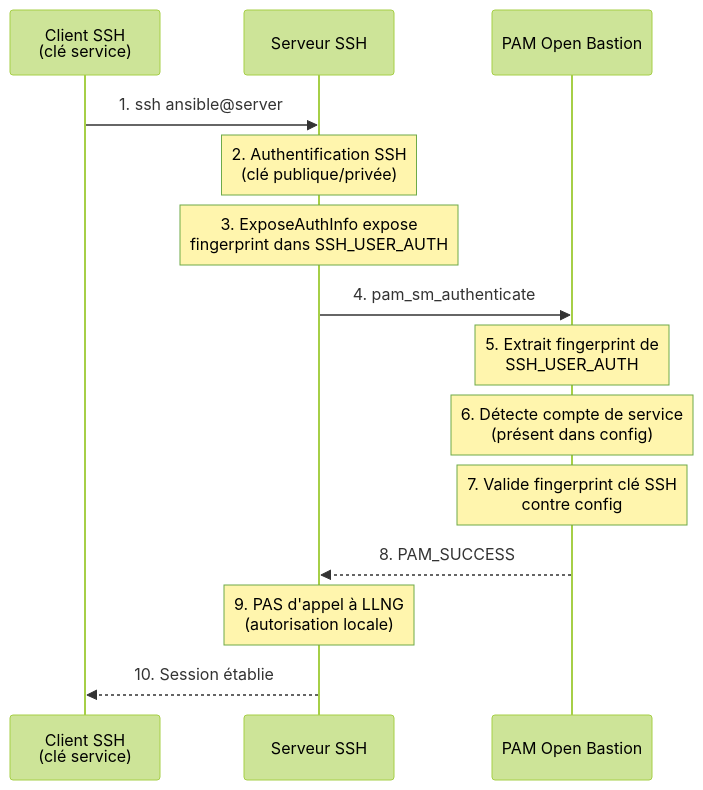
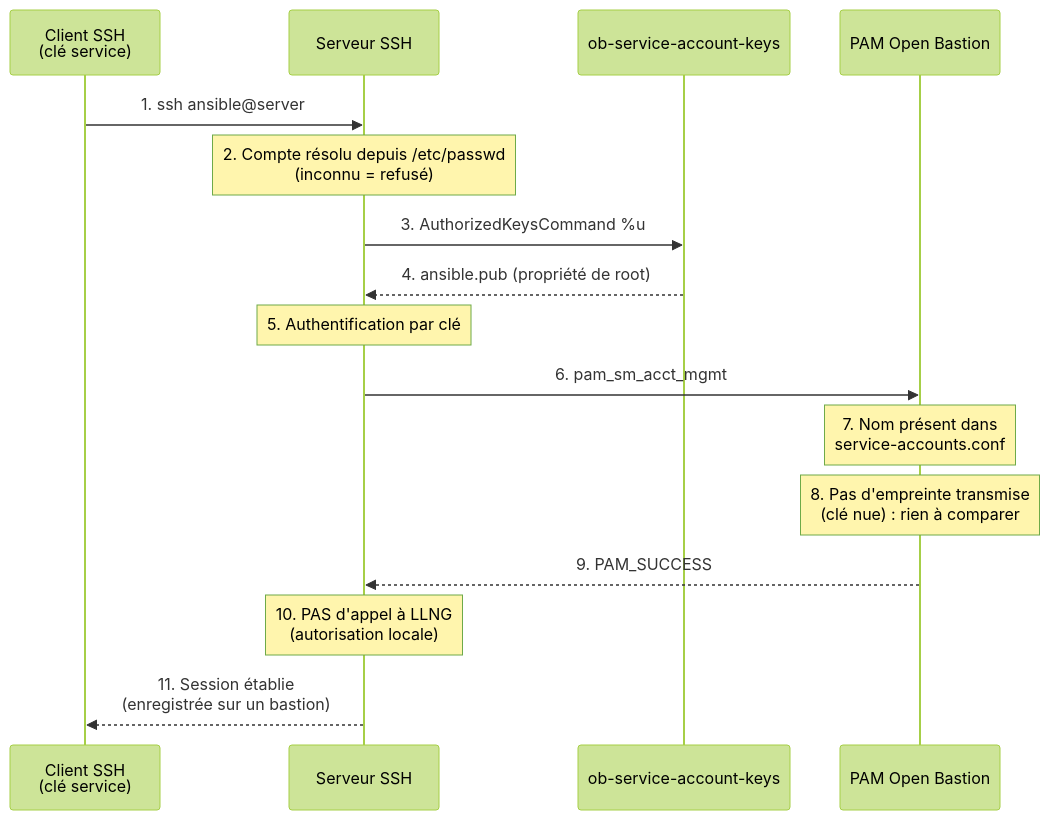
The fifth of 5 diagrams in doc/security/02-ssh-connection.rst (linagora/open-bastion), drawn with Mermaid (forest theme) before and after one commit. The commit also changed other lines of this file and 5 other files, not shown here.

```diff
--- a/doc/security/02-ssh-connection.rst
+++ b/doc/security/02-ssh-connection.rst
@@ -1882,17 +1900,19 @@
 .. mermaid::
 
    sequenceDiagram
        participant Client as Client SSH<br/>(clé service)
        participant Srv as Serveur SSH
+       participant AKC as ob-service-account-keys
        participant PAM as PAM Open Bastion
 
        Client->>Srv: 1. ssh ansible@server
-       Note over Srv: 2. Authentification SSH<br/>(clé publique/privée)
-       Note over Srv: 3. ExposeAuthInfo expose<br/>fingerprint dans SSH_USER_AUTH
-       Srv->>PAM: 4. pam_sm_authenticate
-       Note over PAM: 5. Extrait fingerprint de<br/>SSH_USER_AUTH
-       Note over PAM: 6. Détecte compte de service<br/>(présent dans config)
-       Note over PAM: 7. Valide fingerprint clé SSH<br/>contre config
-       PAM-->>Srv: 8. PAM_SUCCESS
-       Note over Srv: 9. PAS d'appel à LLNG<br/>(autorisation locale)
-       Srv-->>Client: 10. Session établie
+       Note over Srv: 2. Compte résolu depuis /etc/passwd<br/>(inconnu = refusé)
+       Srv->>AKC: 3. AuthorizedKeysCommand %u
+       AKC-->>Srv: 4. ansible.pub (propriété de root)
+       Note over Srv: 5. Authentification par clé
+       Srv->>PAM: 6. pam_sm_acct_mgmt
+       Note over PAM: 7. Nom présent dans<br/>service-accounts.conf
+       Note over PAM: 8. Pas d'empreinte transmise<br/>(clé nue) : rien à comparer
+       PAM-->>Srv: 9. PAM_SUCCESS
+       Note over Srv: 10. PAS d'appel à LLNG<br/>(autorisation locale)
+       Srv-->>Client: 11. Session établie<br/>(enregistrée sur un bastion)
```
